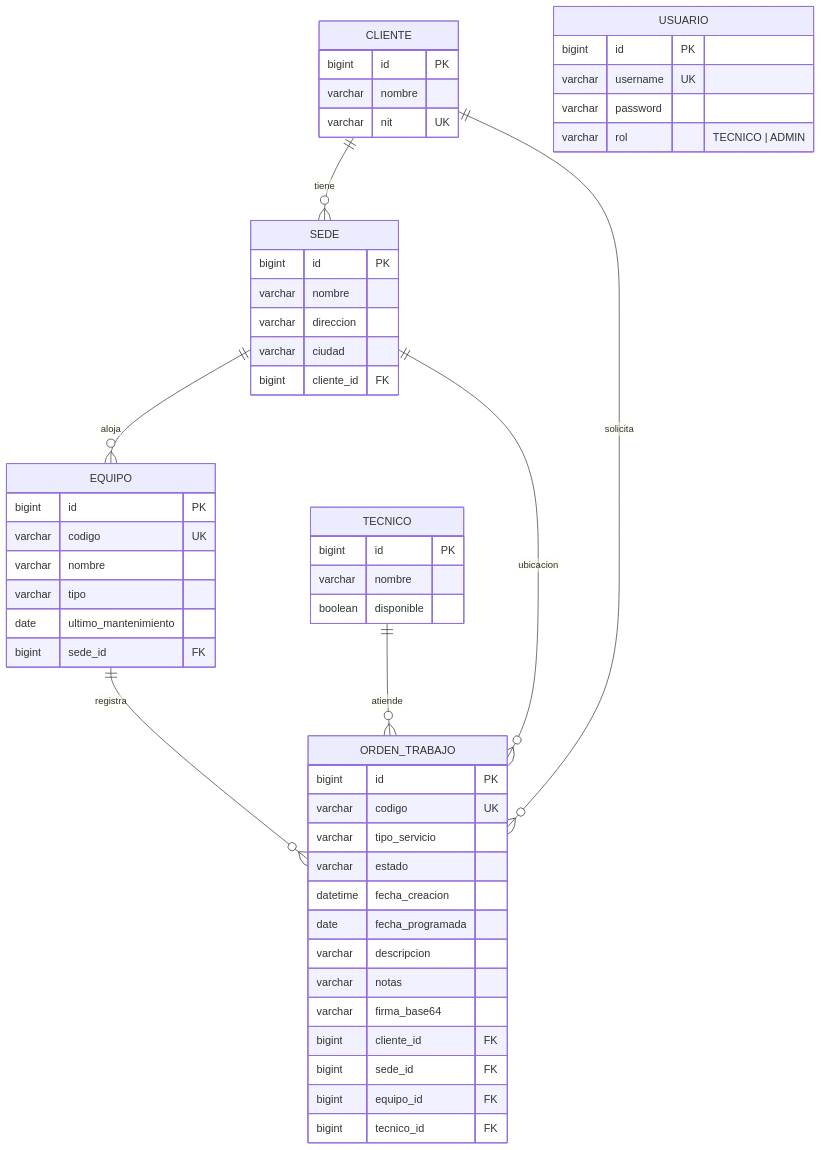
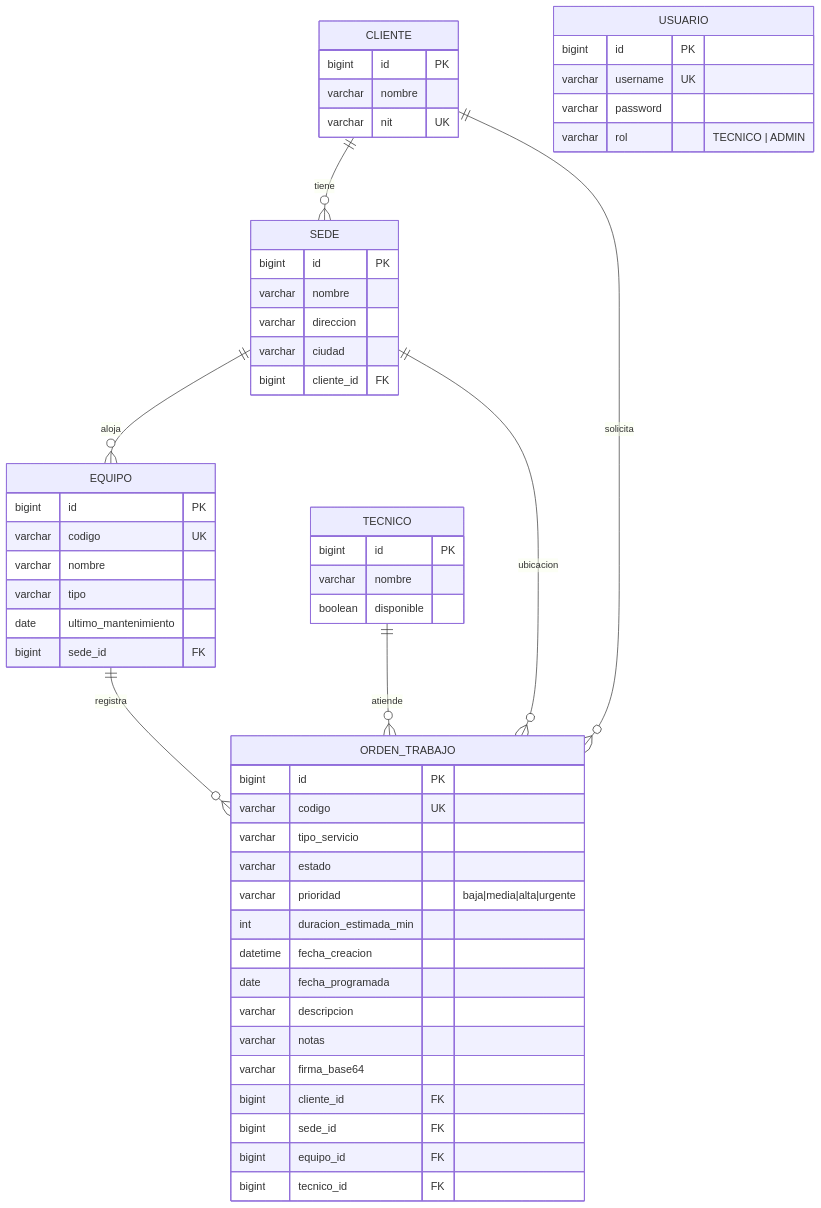
One commit to Ed-Pino/FieldFlow changed the fifth of 6 diagrams in docs/architecture.md. Above: the diagram before and after it, drawn with Mermaid. The commit also changed other lines of this file and 10 other files, not shown here.

````diff
--- a/docs/architecture.md
+++ b/docs/architecture.md
@@ -136,56 +136,58 @@
 ```mermaid
 erDiagram
     CLIENTE ||--o{ SEDE : "tiene"
     SEDE ||--o{ EQUIPO : "aloja"
     EQUIPO ||--o{ ORDEN_TRABAJO : "registra"
     TECNICO ||--o{ ORDEN_TRABAJO : "atiende"
     CLIENTE ||--o{ ORDEN_TRABAJO : "solicita"
     SEDE ||--o{ ORDEN_TRABAJO : "ubicacion"
 
     USUARIO {
         bigint id PK
         varchar username UK
         varchar password
         varchar rol "TECNICO | ADMIN"
     }
     CLIENTE {
         bigint id PK
         varchar nombre
         varchar nit UK
     }
     SEDE {
         bigint id PK
         varchar nombre
         varchar direccion
         varchar ciudad
         bigint cliente_id FK
     }
     EQUIPO {
         bigint id PK
         varchar codigo UK
         varchar nombre
         varchar tipo
         date ultimo_mantenimiento
         bigint sede_id FK
     }
     TECNICO {
         bigint id PK
         varchar nombre
         boolean disponible
     }
     ORDEN_TRABAJO {
         bigint id PK
         varchar codigo UK
         varchar tipo_servicio
         varchar estado
+        varchar prioridad "baja|media|alta|urgente"
+        int duracion_estimada_min
         datetime fecha_creacion
         date fecha_programada
         varchar descripcion
         varchar notas
         varchar firma_base64
         bigint cliente_id FK
         bigint sede_id FK
         bigint equipo_id FK
         bigint tecnico_id FK
     }
 ```
````
